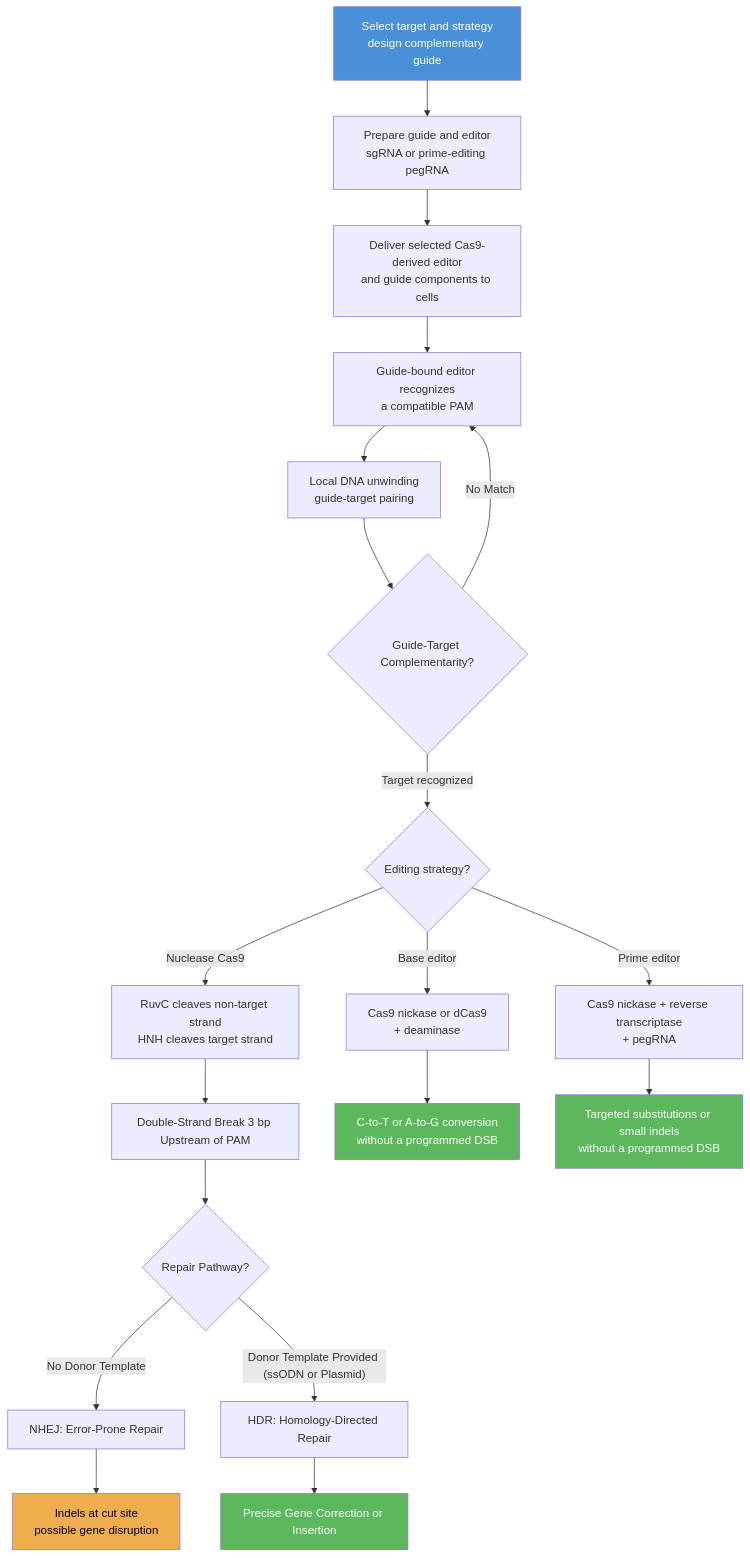
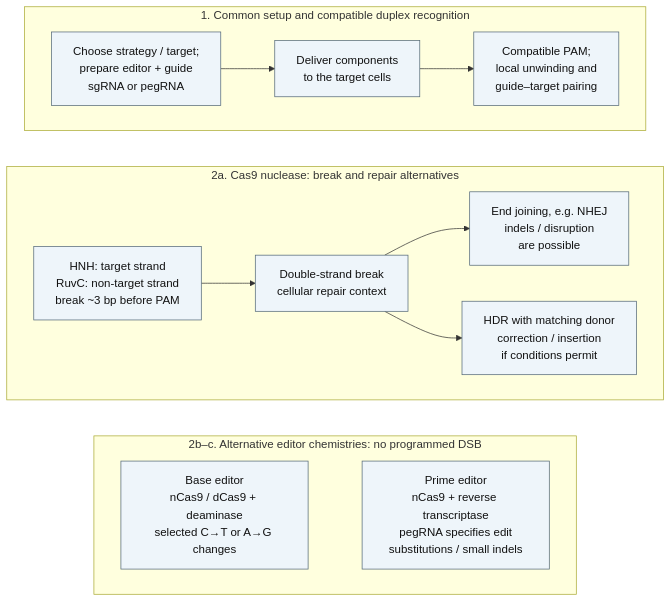
One commit to docxology/biology_textbook changed the second of 5 diagrams in docs/manuscript/unit_IV/mutations_and_genomics.md. Above: the diagram before and after it, drawn with Mermaid. The commit also changed other lines of this file and 41 other files, not shown here.

````diff
--- a/docs/manuscript/unit_IV/mutations_and_genomics.md
+++ b/docs/manuscript/unit_IV/mutations_and_genomics.md
@@ -369,27 +369,25 @@
 ```mermaid
-flowchart TD
-    A["Select target and strategy<br/>design complementary guide"] --> B["Prepare guide and editor<br/>sgRNA or prime-editing pegRNA"]
-    B --> C["Deliver selected Cas9-derived editor<br/>and guide components to cells"]
-    C --> D["Guide-bound editor recognizes<br/>a compatible PAM"]
-    D --> E["Local DNA unwinding<br/>guide-target pairing"]
-    E --> F{Guide-Target Complementarity?}
-    F -->|"No Match"| D
-    F -->|"Target recognized"| Strategy{"Editing strategy?"}
-    Strategy -->|"Nuclease Cas9"| G["RuvC cleaves non-target strand<br/>HNH cleaves target strand"]
-    G --> H["Double-Strand Break 3 bp Upstream of PAM"]
-    H --> I{Repair Pathway?}
-    I -->|"No Donor Template"| J["NHEJ: Error-Prone Repair"]
-    J --> K["Indels at cut site<br/>possible gene disruption"]
-    I -->|"Donor Template Provided (ssODN or Plasmid)"| L["HDR: Homology-Directed Repair"]
-    L --> M["Precise Gene Correction or Insertion"]
-    Strategy -->|"Base editor"| N["Cas9 nickase or dCas9<br/>+ deaminase"]
-    N --> O["C-to-T or A-to-G conversion<br/>without a programmed DSB"]
-    Strategy -->|"Prime editor"| P["Cas9 nickase + reverse transcriptase<br/>+ pegRNA"]
-    P --> Q["Targeted substitutions or small indels<br/>without a programmed DSB"]
-
-    style A fill:#4a90d9,color:#fff
-    style K fill:#f0ad4e,color:#000
-    style M fill:#5cb85c,color:#fff
-    style O fill:#5cb85c,color:#fff
-    style Q fill:#5cb85c,color:#fff
+---
+config:
+  layout: dagre
+---
+flowchart TB
+    subgraph SETUP["1. Common setup and compatible duplex recognition"]
+        direction LR
+        A["Choose strategy / target;<br/>prepare editor + guide<br/>sgRNA or pegRNA"] --> B["Deliver components<br/>to the target cells"] --> C["Compatible PAM;<br/>local unwinding and<br/>guide–target pairing"]
+    end
+    subgraph NUCLEASE["2a. Cas9 nuclease: break and repair alternatives"]
+        direction LR
+        G["HNH: target strand<br/>RuvC: non-target strand<br/>break ~3 bp before PAM"] --> H["Double-strand break<br/>cellular repair context"]
+        H --> J["End joining, e.g. NHEJ<br/>indels / disruption<br/>are possible"]
+        H --> L["HDR with matching donor<br/>correction / insertion<br/>if conditions permit"]
+    end
+    subgraph OTHER["2b–c. Alternative editor chemistries: no programmed DSB"]
+        direction LR
+        N["Base editor<br/>nCas9 / dCas9 + deaminase<br/>selected C→T or A→G changes"]
+        P["Prime editor<br/>nCas9 + reverse transcriptase<br/>pegRNA specifies edit<br/>substitutions / small indels"]
+        N ~~~ P
+    end
+    SETUP ~~~ NUCLEASE ~~~ OTHER
+    classDef default fill:#eef5fa,stroke:#526777,color:#111111
 ```
````
